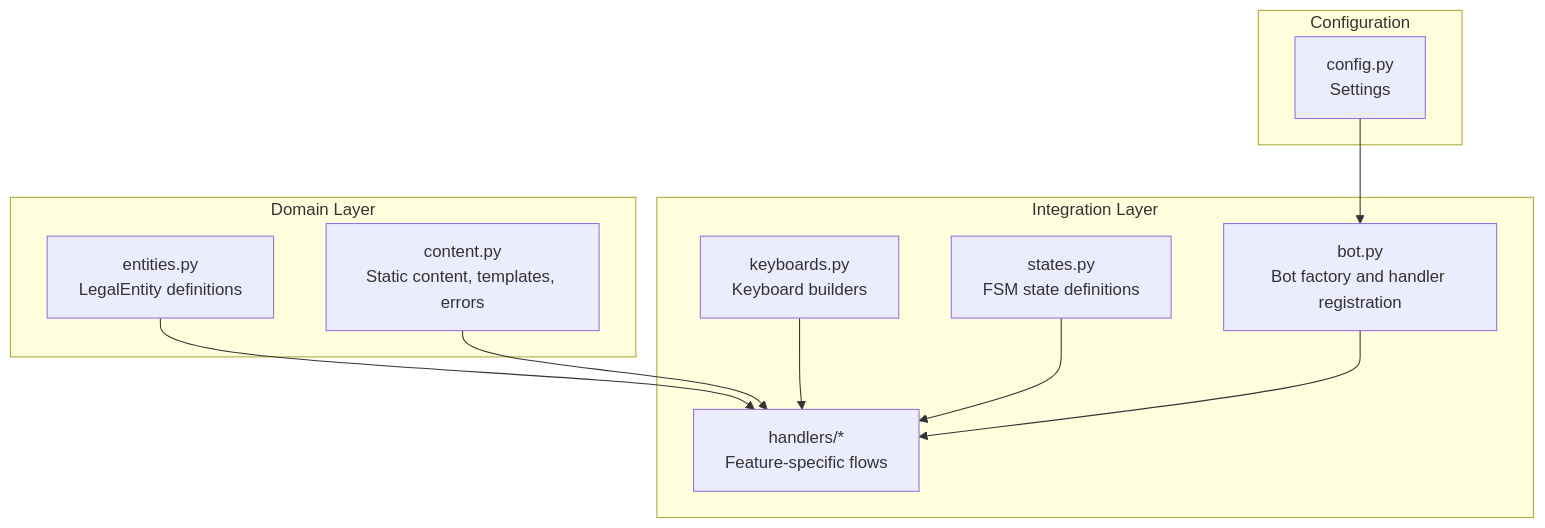
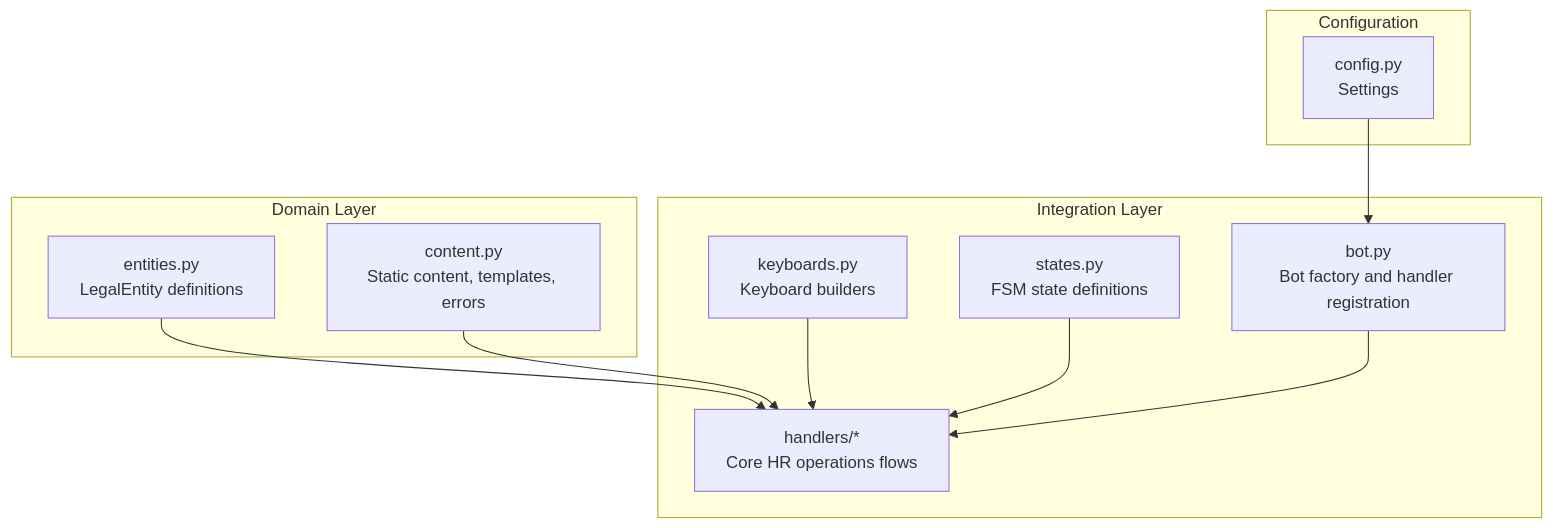
The first of 14 diagrams in .qoder/repowiki/en/content/VK Integration/Employment Lifecycle Management.md (ognelis/cafetera_hr_bot), drawn with Mermaid before and after one commit. The commit also changed other lines of this file and 16 other files, not shown here.

````diff
--- a/.qoder/repowiki/en/content/VK Integration/Employment Lifecycle Management.md
+++ b/.qoder/repowiki/en/content/VK Integration/Employment Lifecycle Management.md
@@ -42,22 +50,22 @@
 ```mermaid
 graph TB
 subgraph "Domain Layer"
 D1["entities.py<br/>LegalEntity definitions"]
 D2["content.py<br/>Static content, templates, errors"]
 end
 subgraph "Integration Layer"
 I1["bot.py<br/>Bot factory and handler registration"]
 I2["keyboards.py<br/>Keyboard builders"]
 I3["states.py<br/>FSM state definitions"]
-I4["handlers/*<br/>Feature-specific flows"]
+I4["handlers/*<br/>Core HR operations flows"]
 end
 subgraph "Configuration"
 C1["config.py<br/>Settings"]
 end
 D1 --> I4
 D2 --> I4
 I2 --> I4
 I3 --> I4
 I1 --> I4
 C1 --> I1
 ```
````
